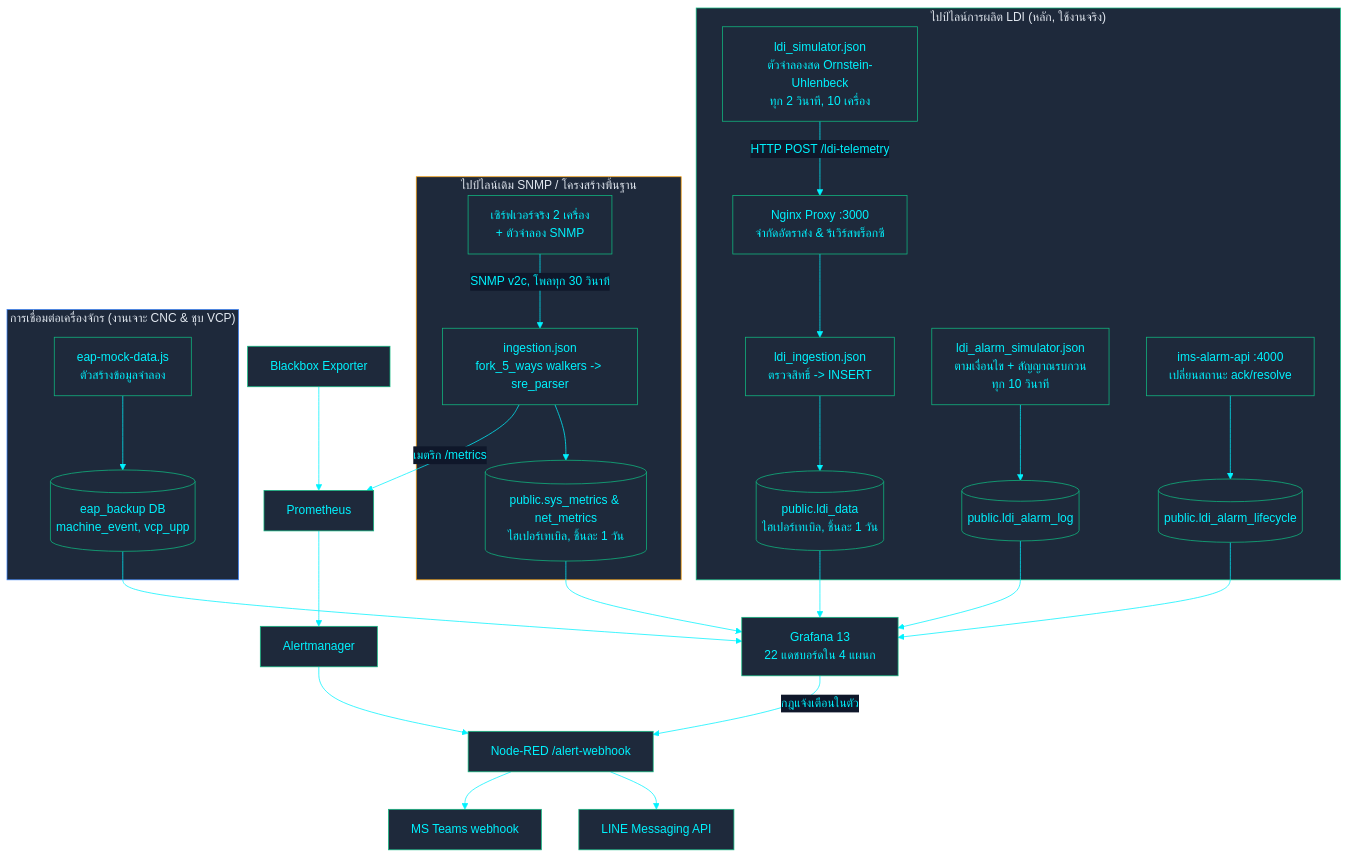
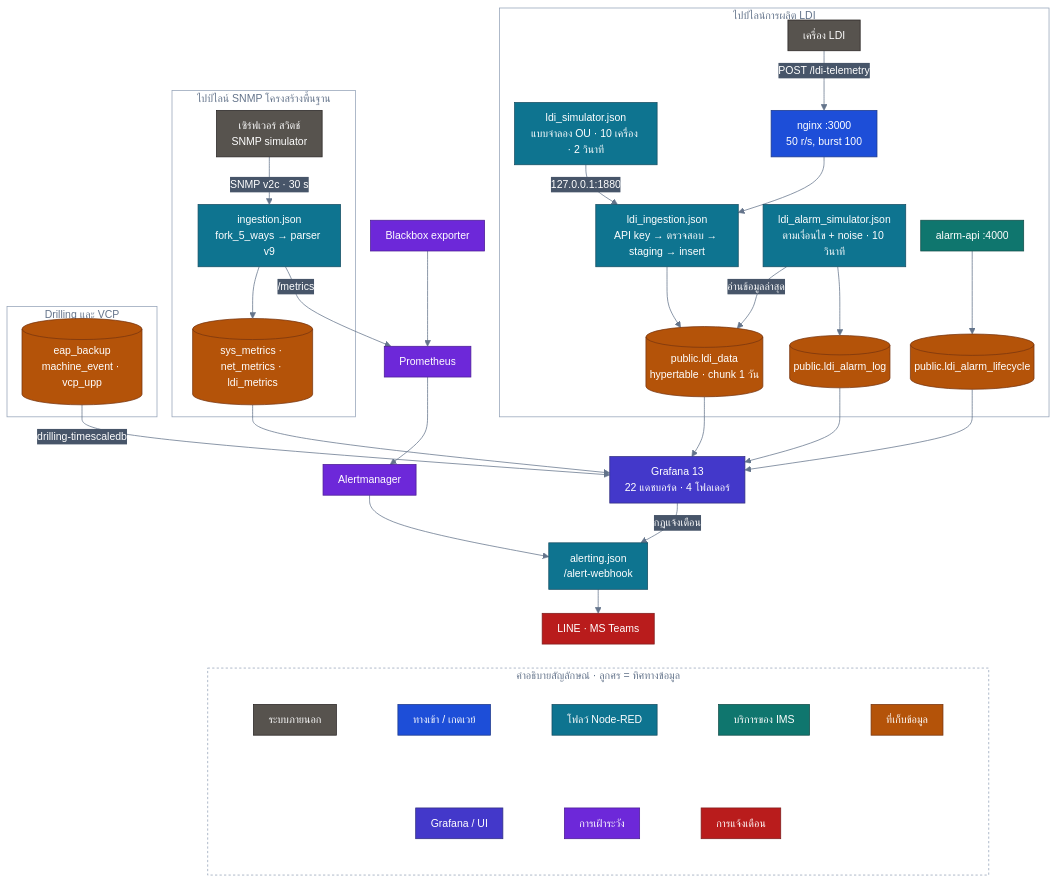
One commit to PATTANAKORN025/IMS changed the diagram in th/docs/architecture/ARCHITECTURE.md. Above: the diagram before and after it, drawn with Mermaid. The commit also changed 84 other files, not shown here.

First line of the commit message:
docs(diagrams): one verified, accessible standard for every Mermaid diagram

````diff
--- a/th/docs/architecture/ARCHITECTURE.md
+++ b/th/docs/architecture/ARCHITECTURE.md
@@ -28,36 +28,80 @@
 ```mermaid
-%%{init: {'theme': 'base', 'themeVariables': { 'primaryColor': '#1e293b', 'primaryTextColor': '#00F2FE', 'primaryBorderColor': '#10B981', 'lineColor': '#00F2FE', 'secondaryColor': '#0f172a', 'tertiaryColor': '#0f172a', 'clusterBkg': '#030407', 'clusterBorder': '#00F2FE'}}}%%
+%%{init: {"flowchart": {"nodeSpacing": 20, "rankSpacing": 32, "padding": 10, "wrappingWidth": 150, "curve": "basis"}, "sequence": {"wrap": true, "width": 170, "actorMargin": 36, "boxMargin": 8, "noteMargin": 8, "messageMargin": 30, "mirrorActors": false}, "state": {"padding": 6}, "theme": "base", "themeVariables": {"fontFamily": "Inter, Segoe UI, Helvetica, Arial, sans-serif", "fontSize": "14px", "primaryColor": "#334155", "primaryTextColor": "#ffffff", "primaryBorderColor": "#1e293b", "lineColor": "#64748b", "textColor": "#64748b", "secondaryColor": "#475569", "tertiaryColor": "#f1f5f9", "clusterBkg": "transparent", "clusterBorder": "#94a3b8", "titleColor": "#64748b", "edgeLabelBackground": "#475569", "nodeTextColor": "#ffffff", "noteBkgColor": "#fef3c7", "noteTextColor": "#1e293b", "noteBorderColor": "#d97706", "actorBkg": "#334155", "actorTextColor": "#ffffff", "actorBorder": "#1e293b", "actorLineColor": "#94a3b8", "signalColor": "#64748b", "signalTextColor": "#64748b", "labelBoxBkgColor": "#334155", "labelBoxBorderColor": "#1e293b", "labelTextColor": "#ffffff", "loopTextColor": "#64748b", "activationBkgColor": "#e2e8f0", "sequenceNumberColor": "#ffffff", "stateLabelColor": "#ffffff", "compositeBackground": "transparent", "transitionColor": "#64748b", "transitionLabelColor": "#64748b"}}}%%
 flowchart TB
- subgraph LDI ["ไปป์ไลน์การผลิต LDI (หลัก, ใช้งานจริง)"]
-  SIM["ldi_simulator.json\nตัวจำลองสด Ornstein-Uhlenbeck\nทุก 2 วินาที, 10 เครื่อง"] -->|"HTTP POST /ldi-telemetry"| PROXY["Nginx Proxy :3000\nจำกัดอัตราส่ง & รีเวิร์สพร็อกซี"]
-  PROXY --> ING["ldi_ingestion.json\nตรวจสิทธิ์ -> INSERT"]
-  ING --> LDIDATA[("public.ldi_data\nไฮเปอร์เทเบิล, ชิ้นละ 1 วัน")]
-  ALMSIM["ldi_alarm_simulator.json\nตามเงื่อนไข + สัญญาณรบกวน\nทุก 10 วินาที"] --> ALARMLOG[("public.ldi_alarm_log")]
-  ALARMAPI["ims-alarm-api :4000\nเปลี่ยนสถานะ ack/resolve"] --> ALARMLC[("public.ldi_alarm_lifecycle")]
- end
+  accTitle: ไปป์ไลน์ข้อมูลของ IMS
+  accDescr: ไปป์ไลน์ LDI (HTTP, เขียนผ่าน staging) และไปป์ไลน์ SNMP โครงสร้างพื้นฐาน เขียนลง TimescaleDB ข้อมูล Drilling และ VCP อยู่ในฐานข้อมูล eap_backup แยกต่างหาก และระบบแจ้งเตือนทั้งสองส่งผ่าน webhook ของ Node-RED
 
- subgraph LEGACY ["ไปป์ไลน์เดิม SNMP / โครงสร้างพื้นฐาน"]
-  DEV["เซิร์ฟเวอร์จริง 2 เครื่อง\n+ ตัวจำลอง SNMP"] -->|"SNMP v2c, โพลทุก 30 วินาที"| NR["ingestion.json\nfork_5_ways walkers -> sre_parser"]
-  NR --> SNMPDATA[("public.sys_metrics & net_metrics\nไฮเปอร์เทเบิล, ชิ้นละ 1 วัน")]
- end
+  subgraph LDI["ไปป์ไลน์การผลิต LDI"]
+    LDIM["เครื่อง LDI"]:::ext
+    SIM["ldi_simulator.json<br/>แบบจำลอง OU · 10 เครื่อง · 2 วินาที"]:::flow
+    PROXY["nginx :3000<br/>50 r/s, burst 100"]:::ingress
+    ING["ldi_ingestion.json<br/>API key → ตรวจสอบ → staging → insert"]:::flow
+    LDIDATA[("public.ldi_data<br/>hypertable · chunk 1 วัน")]:::store
+    ALMSIM["ldi_alarm_simulator.json<br/>ตามเงื่อนไข + noise · 10 วินาที"]:::flow
+    ALARMLOG[("public.ldi_alarm_log")]:::store
+    ALARMAPI["alarm-api :4000"]:::app
+    ALARMLC[("public.ldi_alarm_lifecycle")]:::store
+  end
 
- subgraph EAP ["การเชื่อมต่อเครื่องจักร (งานเจาะ CNC & ชุบ VCP)"]
-  MOCK["eap-mock-data.js\nตัวสร้างข้อมูลจำลอง"] --> EAPDB[("eap_backup DB\nmachine_event, vcp_upp")]
- end
+  subgraph INFRA["ไปป์ไลน์ SNMP โครงสร้างพื้นฐาน"]
+    DEV["เซิร์ฟเวอร์ สวิตช์<br/>SNMP simulator"]:::ext
+    NR["ingestion.json<br/>fork_5_ways → parser v9"]:::flow
+    SNMPDATA[("sys_metrics · net_metrics · ldi_metrics")]:::store
+  end
 
- LDIDATA --> GRAFANA["Grafana 13\n22 แดชบอร์ดใน 4 แผนก"]
- ALARMLOG --> GRAFANA
- ALARMLC --> GRAFANA
- SNMPDATA --> GRAFANA
- EAPDB --> GRAFANA
- NR -->|"เมตริก /metrics"| PROM["Prometheus"]
- BBOX["Blackbox Exporter"] --> PROM
- GRAFANA -->|"กฎแจ้งเตือนในตัว"| NRWEBHOOK["Node-RED /alert-webhook"]
- PROM --> AM["Alertmanager"] --> NRWEBHOOK
- NRWEBHOOK --> LINE["LINE Messaging API"]
- NRWEBHOOK --> TEAMS["MS Teams webhook"]
+  subgraph EAP["Drilling และ VCP"]
+    EAPDB[("eap_backup<br/>machine_event · vcp_upp")]:::store
+  end
 
- style LDI fill:#1e293b,stroke:#10B981,color:#e2e8f0
- style LEGACY fill:#1e293b,stroke:#F59E0B,color:#e2e8f0
- style EAP fill:#1e293b,stroke:#3B82F6,color:#e2e8f0
+  GRAFANA["Grafana 13<br/>22 แดชบอร์ด · 4 โฟลเดอร์"]:::viz
+  PROM["Prometheus"]:::obs
+  BBOX["Blackbox exporter"]:::obs
+  AM["Alertmanager"]:::obs
+  HOOK["alerting.json<br/>/alert-webhook"]:::flow
+  NOTIFY["LINE · MS Teams"]:::notify
+
+  LDIM -->|"POST /ldi-telemetry"| PROXY --> ING
+  SIM -->|"127.0.0.1:1880"| ING
+  ING --> LDIDATA
+  ALMSIM -->|"อ่านข้อมูลล่าสุด"| LDIDATA
+  ALMSIM --> ALARMLOG
+  ALARMAPI --> ALARMLC
+  DEV -->|"SNMP v2c · 30 s"| NR --> SNMPDATA
+  LDIDATA --> GRAFANA
+  ALARMLOG --> GRAFANA
+  ALARMLC --> GRAFANA
+  SNMPDATA --> GRAFANA
+  EAPDB -->|"drilling-timescaledb"| GRAFANA
+  NR -->|"/metrics"| PROM
+  BBOX --> PROM
+  PROM --> AM --> HOOK
+  GRAFANA -->|"กฎแจ้งเตือน"| HOOK
+  HOOK --> NOTIFY
+
+  subgraph LEGEND["คำอธิบายสัญลักษณ์ · ลูกศร = ทิศทางข้อมูล"]
+    direction TB
+    subgraph LEGEND_0[" "]
+      direction LR
+      LG_ext["ระบบภายนอก"]:::ext ~~~ LG_ingress["ทางเข้า / เกตเวย์"]:::ingress ~~~ LG_flow["โฟลว์ Node-RED"]:::flow ~~~ LG_app["บริการของ IMS"]:::app ~~~ LG_store["ที่เก็บข้อมูล"]:::store
+    end
+    subgraph LEGEND_1[" "]
+      direction LR
+      LG_viz["Grafana / UI"]:::viz ~~~ LG_obs["การเฝ้าระวัง"]:::obs ~~~ LG_notify["การแจ้งเตือน"]:::notify
+    end
+    LEGEND_0 ~~~ LEGEND_1
+  end
+  NOTIFY ~~~ LEGEND
+  style LEGEND fill:transparent,stroke:#94a3b8,stroke-dasharray:3 3
+  style LEGEND_0 fill:transparent,stroke:transparent
+  style LEGEND_1 fill:transparent,stroke:transparent
+  classDef actor fill:#475569,stroke:#1e293b,color:#ffffff,stroke-width:1px
+  classDef ext fill:#57534e,stroke:#292524,color:#ffffff,stroke-width:1px
+  classDef ingress fill:#1d4ed8,stroke:#1e3a8a,color:#ffffff,stroke-width:1px
+  classDef app fill:#0f766e,stroke:#134e4a,color:#ffffff,stroke-width:1px
+  classDef flow fill:#0e7490,stroke:#164e63,color:#ffffff,stroke-width:1px
+  classDef store fill:#b45309,stroke:#78350f,color:#ffffff,stroke-width:1px
+  classDef viz fill:#4338ca,stroke:#312e81,color:#ffffff,stroke-width:1px
+  classDef obs fill:#6d28d9,stroke:#4c1d95,color:#ffffff,stroke-width:1px
+  classDef notify fill:#b91c1c,stroke:#7f1d1d,color:#ffffff,stroke-width:1px
+  classDef future fill:#f8fafc,stroke:#94a3b8,color:#475569,stroke-width:1px,stroke-dasharray:4 3
 ```
````
